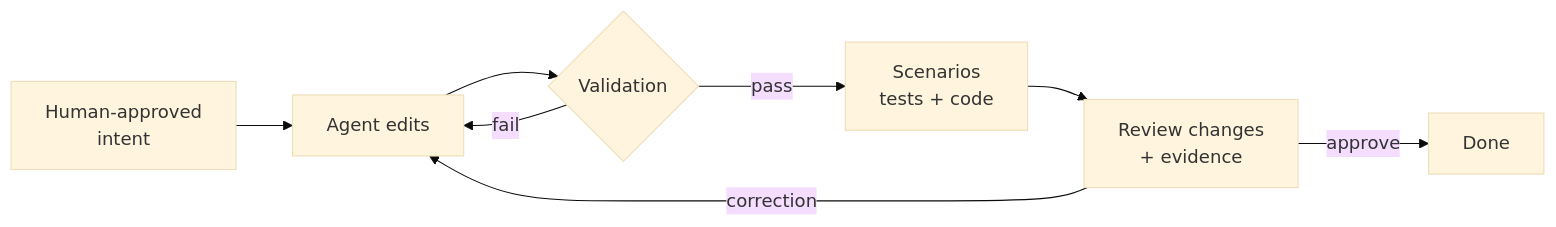
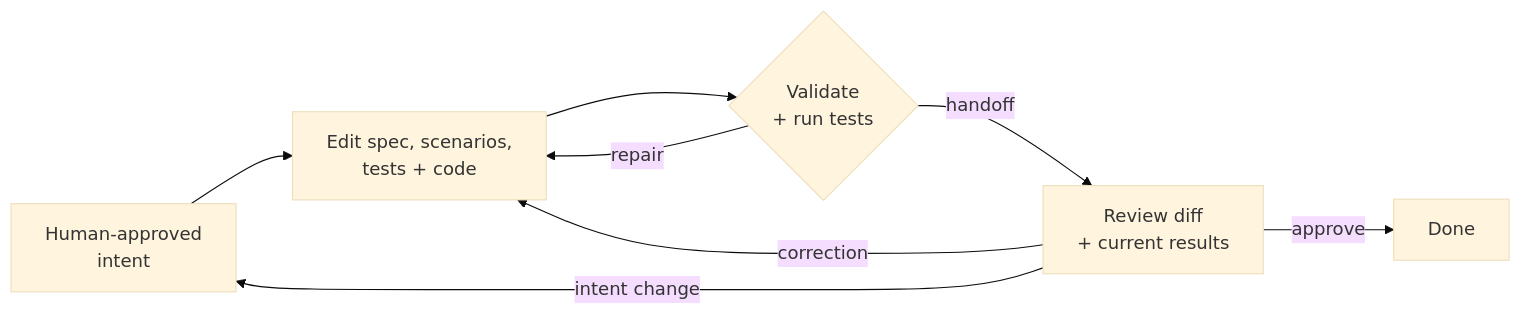
The second of 3 diagrams in sdlc/specification-driven-development/slides/slides.md (RLittlesII/talks), drawn with Mermaid (base theme) before and after one commit. The commit also changed other lines of this file and 2 other files, not shown here.

````diff
--- a/sdlc/specification-driven-development/slides/slides.md
+++ b/sdlc/specification-driven-development/slides/slides.md
@@ -890,12 +893,12 @@
 ```mermaid {scale: 0.68, flowchart: {padding: 10, rankSpacing: 20, wrappingWidth: 140}}
 graph LR
 accTitle: The agent workflow with validation and review gates
-accDescr: Human-approved intent guides agent edits. Failed validation returns to editing. Passing validation proceeds to scenarios, tests and code, then review. Review either approves completion or returns corrections to the agent.
-H["Human-approved<br/>intent"] --> A["Agent edits"]
-A --> V{"Validation"}
-V -->|fail| A
-V -->|pass| T["Scenarios<br/>tests + code"]
-T --> R["Review changes<br/>+ evidence"]
+accDescr: Human-approved intent guides edits to specifications, scenarios, tests and code. Every revision goes through validation and test execution before handoff. Failed checks or review corrections return to editing and repeat the checks. Review can approve completion or return an intent change to human approval.
+H["Human-approved<br/>intent"] --> A["Edit spec, scenarios,<br/>tests + code"]
+A --> V{"Validate<br/>+ run tests"}
+V -->|repair| A
+V -->|handoff| R["Review diff<br/>+ current results"]
 R -->|approve| D[Done]
 R -->|correction| A
+R -->|intent change| H
 ```
````
